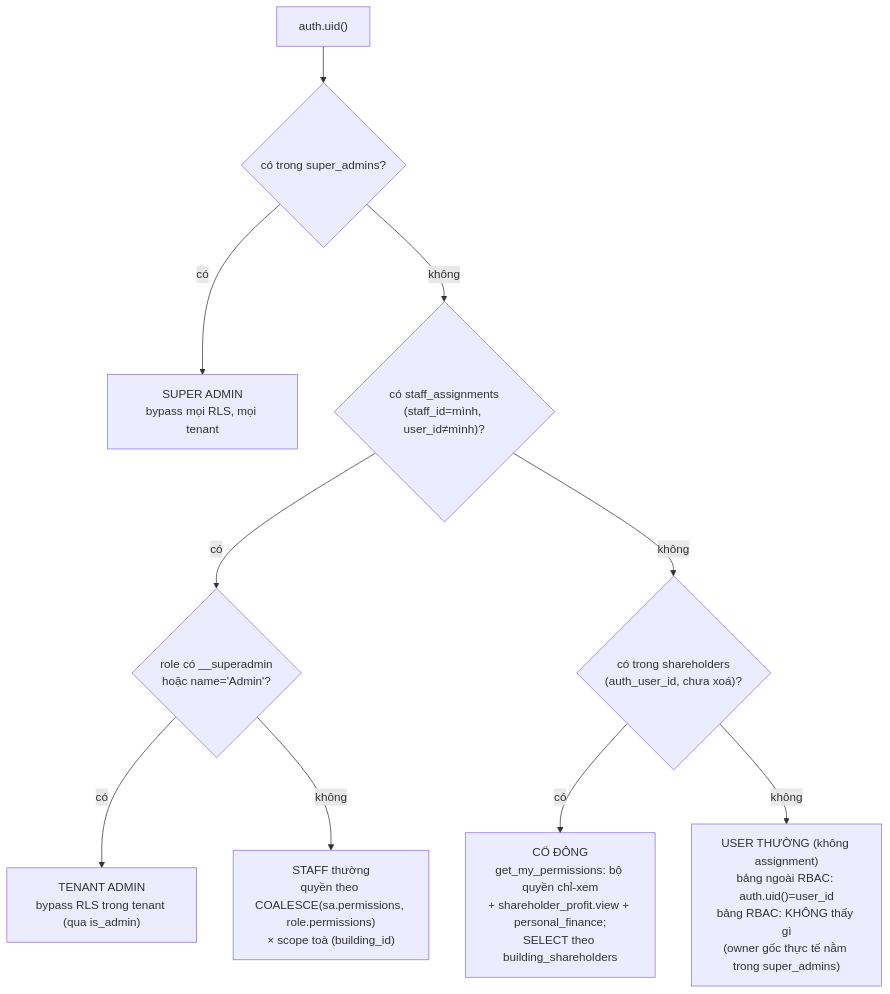
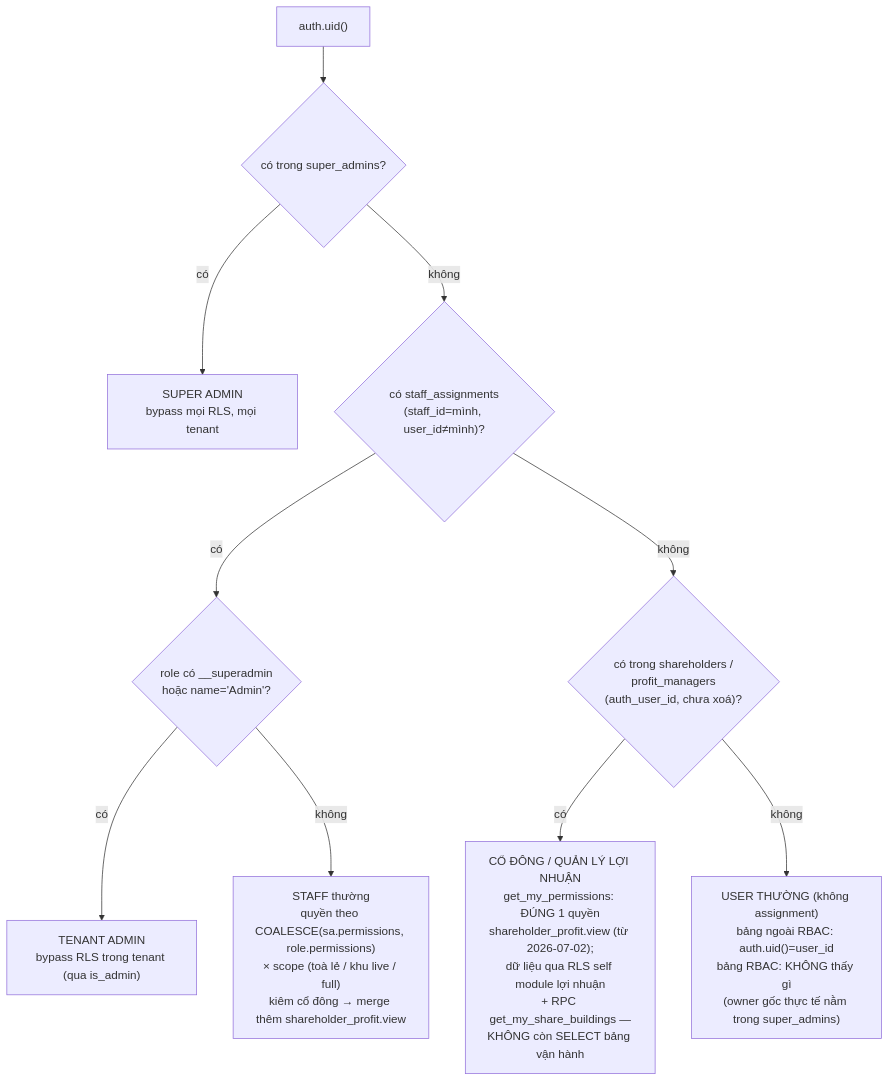
Before and after one commit to zxGreenxz/whiteboard-ihomecrm: the second of 4 diagrams in docs/he-thong/01-phan-quyen-nhan-su.md, drawn with Mermaid. The commit also changed other lines of this file and 20 other files, not shown here.

````diff
--- a/docs/he-thong/01-phan-quyen-nhan-su.md
+++ b/docs/he-thong/01-phan-quyen-nhan-su.md
@@ -251,12 +293,12 @@
 ```mermaid
 flowchart TD
     A["auth.uid()"] --> B{"có trong super_admins?"}
     B -- "có" --> S["SUPER ADMIN<br/>bypass mọi RLS, mọi tenant"]
     B -- "không" --> C{"có staff_assignments<br/>(staff_id=mình, user_id≠mình)?"}
     C -- "có" --> D{"role có __superadmin<br/>hoặc name='Admin'?"}
     D -- "có" --> AD["TENANT ADMIN<br/>bypass RLS trong tenant (qua is_admin)"]
-    D -- "không" --> ST["STAFF thường<br/>quyền theo COALESCE(sa.permissions, role.permissions)<br/>× scope toà (building_id)"]
-    C -- "không" --> E{"có trong shareholders<br/>(auth_user_id, chưa xoá)?"}
-    E -- "có" --> SH["CỔ ĐÔNG<br/>get_my_permissions: bộ quyền chỉ-xem<br/>+ shareholder_profit.view + personal_finance;<br/>SELECT theo building_shareholders"]
+    D -- "không" --> ST["STAFF thường<br/>quyền theo COALESCE(sa.permissions, role.permissions)<br/>× scope (toà lẻ / khu live / full)<br/>kiêm cổ đông → merge thêm shareholder_profit.view"]
+    C -- "không" --> E{"có trong shareholders /<br/>profit_managers<br/>(auth_user_id, chưa xoá)?"}
+    E -- "có" --> SH["CỔ ĐÔNG / QUẢN LÝ LỢI NHUẬN<br/>get_my_permissions: ĐÚNG 1 quyền<br/>shareholder_profit.view (từ 2026-07-02);<br/>dữ liệu qua RLS self module lợi nhuận<br/>+ RPC get_my_share_buildings —<br/>KHÔNG còn SELECT bảng vận hành"]
     E -- "không" --> O["USER THƯỜNG (không assignment)<br/>bảng ngoài RBAC: auth.uid()=user_id<br/>bảng RBAC: KHÔNG thấy gì<br/>(owner gốc thực tế nằm trong super_admins)"]
 ```
````
